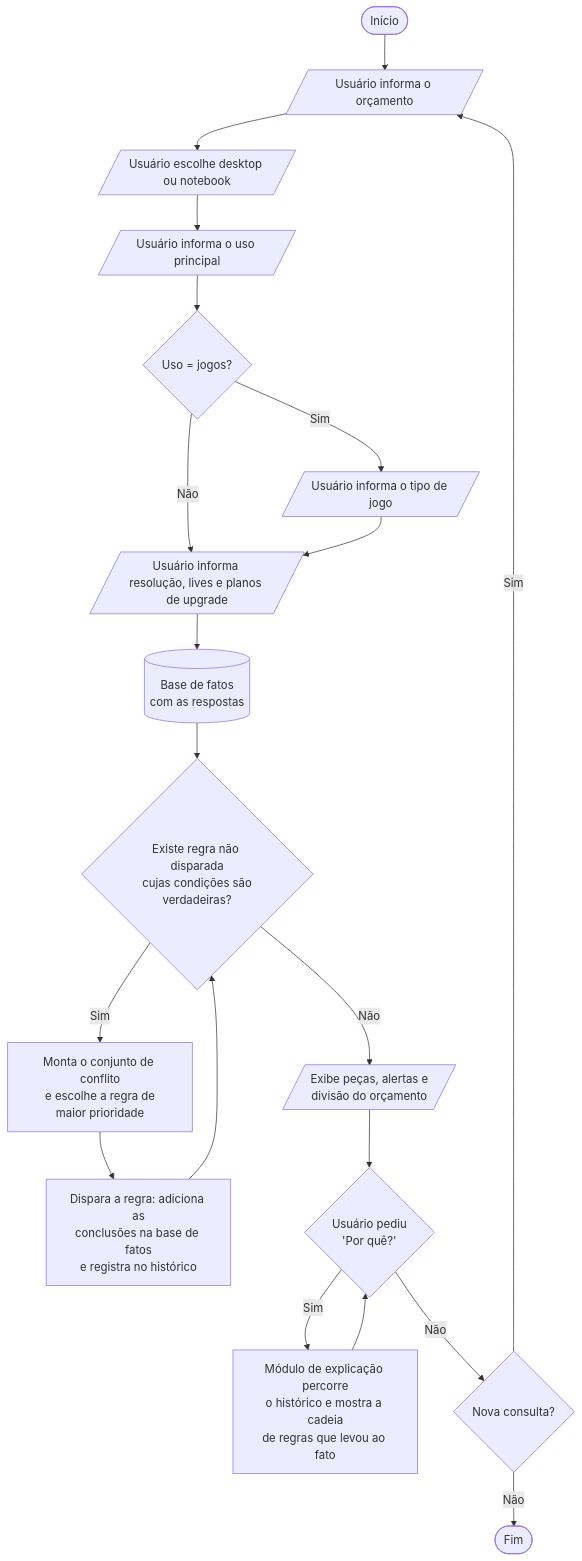
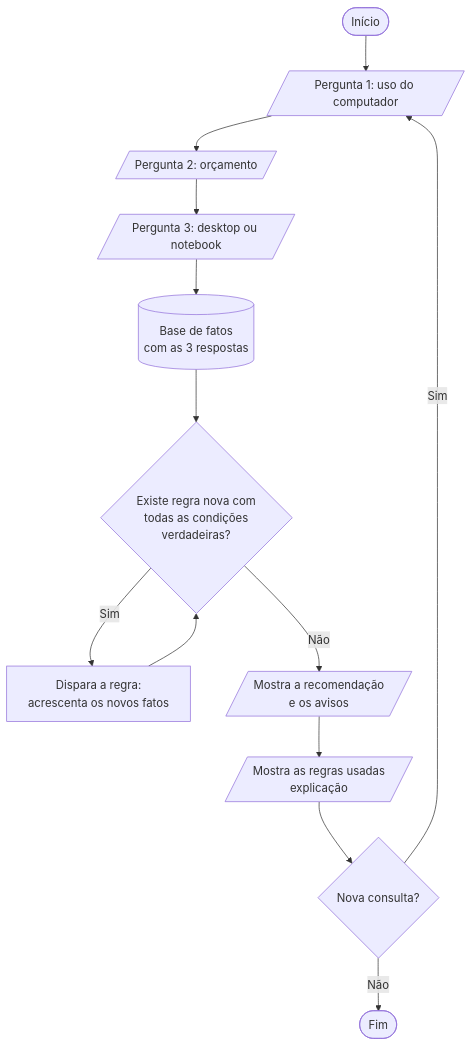
Before and after one commit to BrasDP/monta-ai: the diagram in docs/diagramas/fluxograma.mmd, drawn with Mermaid. The commit also changed 29 other files, not shown here.

```diff
--- a/docs/diagramas/fluxograma.mmd
+++ b/docs/diagramas/fluxograma.mmd
@@ -1,20 +1,13 @@
 flowchart TD
-    A([Início]) --> B[/Usuário informa o orçamento/]
-    B --> C[/Usuário escolhe desktop ou notebook/]
-    C --> D[/Usuário informa o uso principal/]
-    D --> E{Uso = jogos?}
-    E -- Sim --> F[/Usuário informa o tipo de jogo/]
-    E -- Não --> G
-    F --> G[/Usuário informa resolução, lives e planos de upgrade/]
-    G --> H[(Base de fatos<br/>com as respostas)]
-    H --> I{Existe regra não disparada<br/>cujas condições são<br/>verdadeiras?}
-    I -- Sim --> J[Monta o conjunto de conflito<br/>e escolhe a regra de<br/>maior prioridade]
-    J --> K[Dispara a regra: adiciona as<br/>conclusões na base de fatos<br/>e registra no histórico]
-    K --> I
-    I -- Não --> N[/Exibe peças, alertas e<br/>divisão do orçamento/]
-    N --> O{Usuário pediu<br/>'Por quê?'}
-    O -- Sim --> P[Módulo de explicação percorre<br/>o histórico e mostra a cadeia<br/>de regras que levou ao fato]
-    P --> O
-    O -- Não --> Q{Nova consulta?}
-    Q -- Sim --> B
-    Q -- Não --> R([Fim])
+    A([Início]) --> B[/Pergunta 1: uso do computador/]
+    B --> C[/Pergunta 2: orçamento/]
+    C --> D[/Pergunta 3: desktop ou notebook/]
+    D --> E[(Base de fatos<br/>com as 3 respostas)]
+    E --> F{Existe regra nova com<br/>todas as condições<br/>verdadeiras?}
+    F -- Sim --> G[Dispara a regra:<br/>acrescenta os novos fatos]
+    G --> F
+    F -- Não --> H[/Mostra a recomendação<br/>e os avisos/]
+    H --> I[/Mostra as regras usadas<br/>explicação/]
+    I --> J{Nova consulta?}
+    J -- Sim --> B
+    J -- Não --> K([Fim])
```
